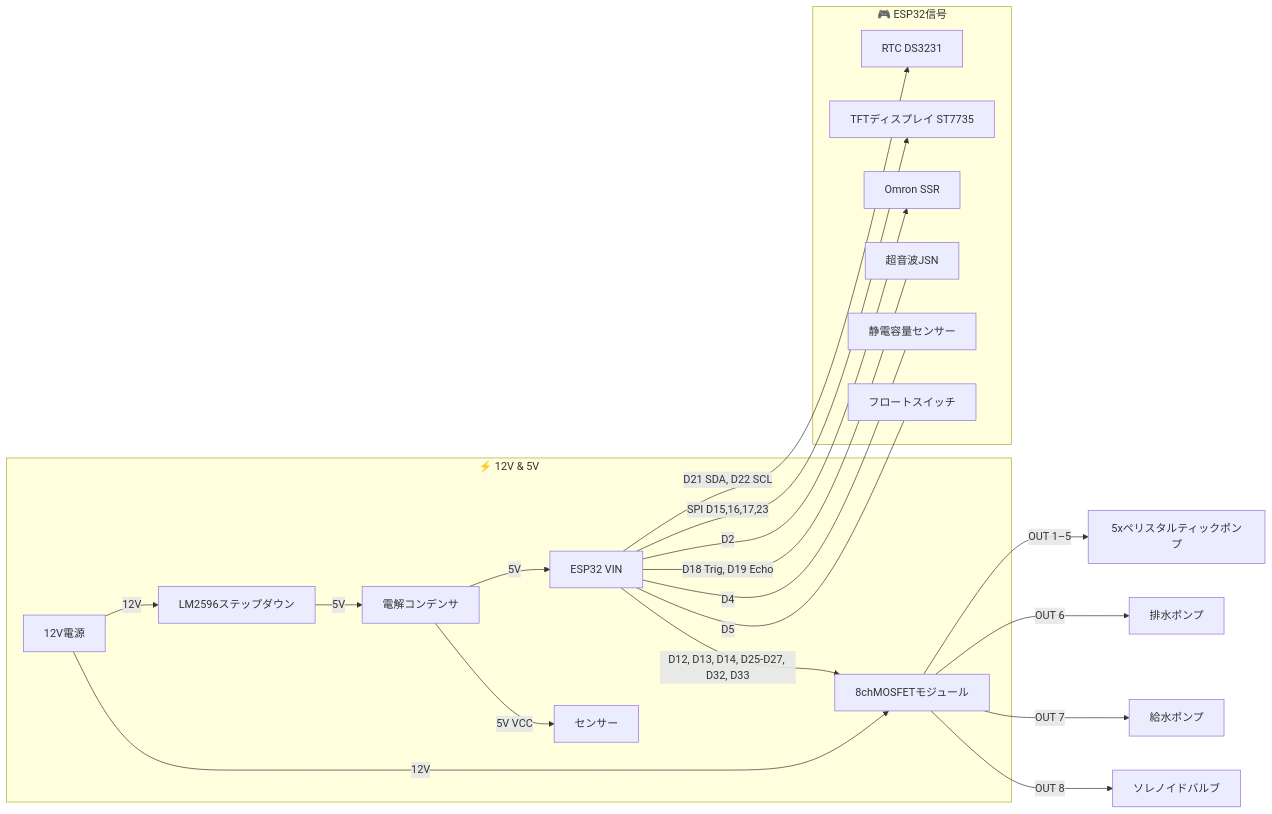
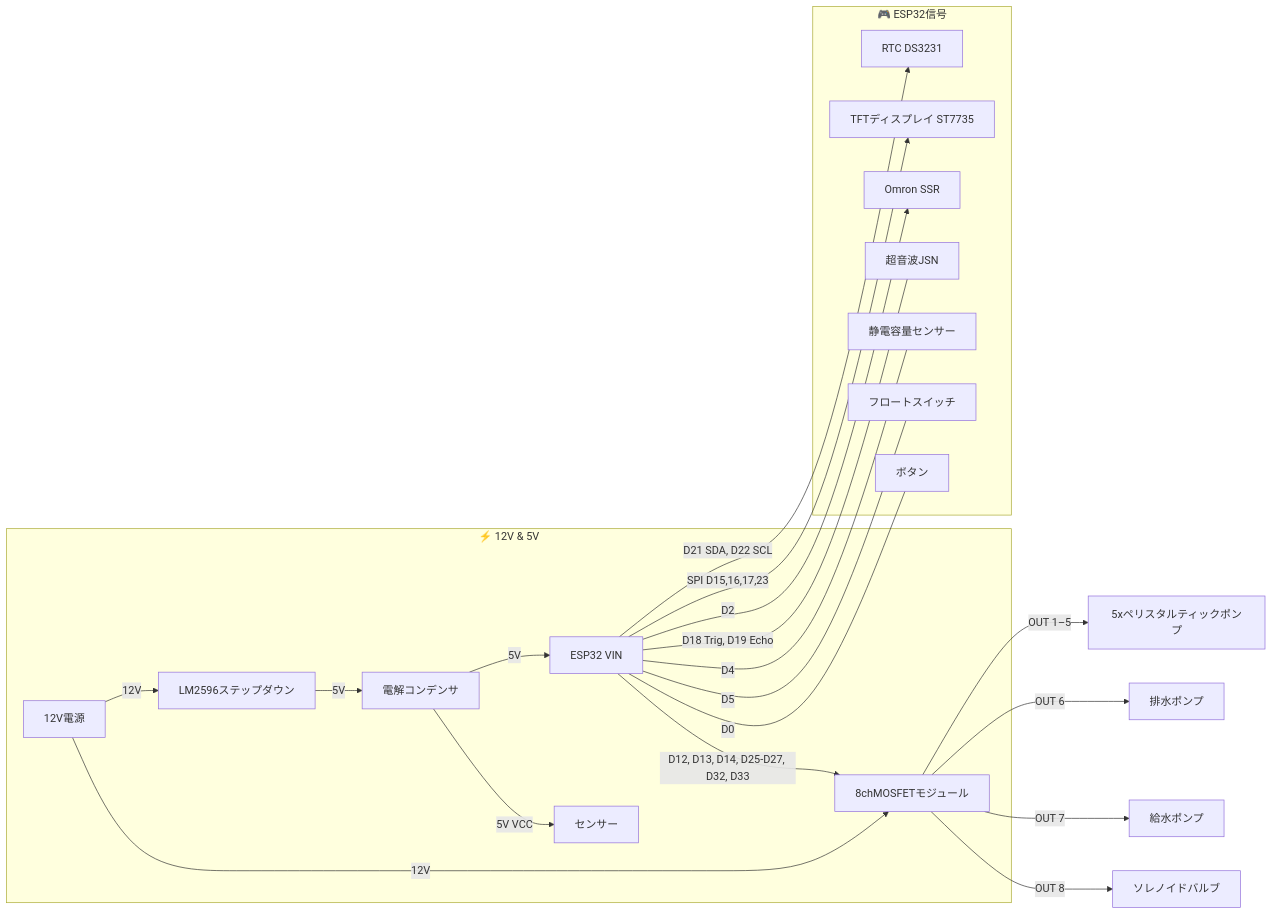
One commit to PhilipeGatis/SATPAFERT changed the second of 2 diagrams in README.ja.md. Above: the diagram before and after it, drawn with Mermaid. The commit also changed other lines of this file and 8 other files, not shown here.

````diff
--- a/README.ja.md
+++ b/README.ja.md
@@ -111,25 +111,26 @@
 ```mermaid
 graph LR
   subgraph Power [⚡ 12V & 5V]
     PSU[12V電源] -->|12V| MOSFET[8chMOSFETモジュール]
     PSU -->|12V| LM2596[LM2596ステップダウン]
     LM2596 -->|5V| Cap[電解コンデンサ]
     Cap -->|5V| ESP32[ESP32 VIN]
     Cap -->|5V VCC| SENS[センサー]
   end
 
   subgraph Signals [🎮 ESP32信号]
     ESP32 -->|D21 SDA, D22 SCL| I2C[RTC DS3231]
     ESP32 -->|SPI D15,16,17,23| TFT[TFTディスプレイ ST7735]
     ESP32 -->|D12, D13, D14, D25-D27, D32, D33| MOSFET
     ESP32 -->|D2| SSR[Omron SSR]
     ESP32 ---|D18 Trig, D19 Echo| Ultra[超音波JSN]
     ESP32 ---|D4| Water[静電容量センサー]
     ESP32 ---|D5| Float[フロートスイッチ]
+    ESP32 ---|D0| Button[ボタン]
   end
 
   MOSFET -->|OUT 1–5| Peristaltic[5xペリスタルティックポンプ]
   MOSFET -->|OUT 6| Drain[排水ポンプ]
   MOSFET -->|OUT 7| Refill[給水ポンプ]
   MOSFET -->|OUT 8| Solenoid[ソレノイドバルブ]
 ```
````
